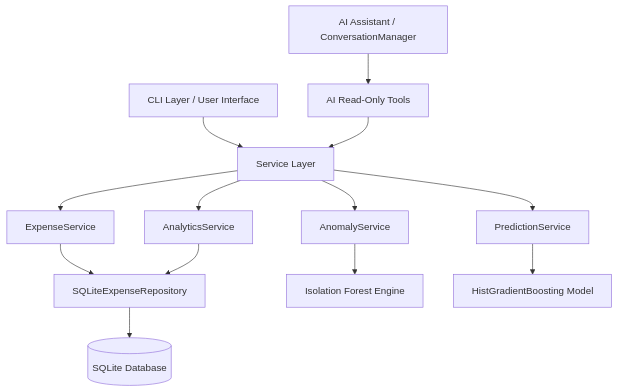
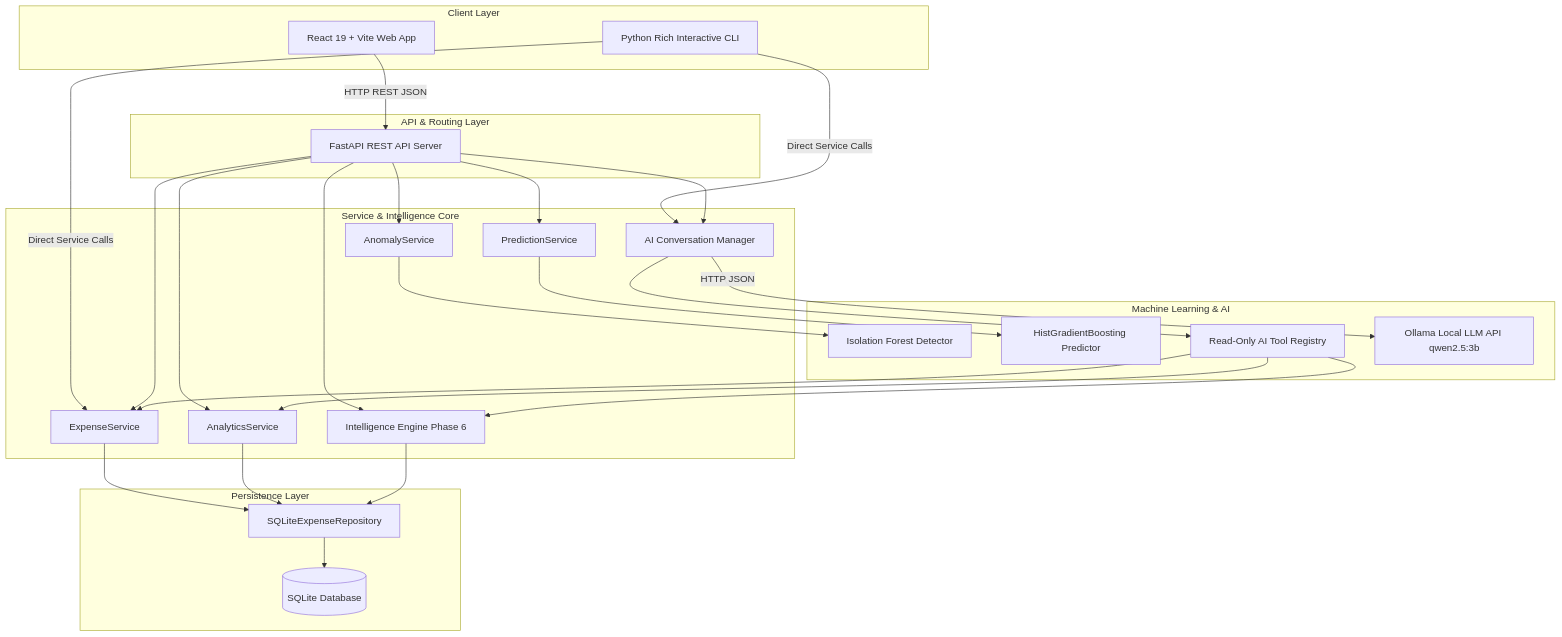
The diagram in README.md (areebkhanaimastery-maker/Expense-Tracker), drawn with Mermaid before and after one commit. The commit also changed other lines of this file, not shown here.

````diff
--- a/README.md
+++ b/README.md
@@ -9,18 +9,58 @@
 ```mermaid
 graph TD
-    CLI[CLI Layer / User Interface] --> Services[Service Layer]
-    AI[AI Assistant / ConversationManager] --> Tools[AI Read-Only Tools]
-    Tools --> Services
+    subgraph Client Layer
+        WebUI[React 19 + Vite Web App]
+        CLI[Python Rich Interactive CLI]
+    end
+
+    subgraph API & Routing Layer
+        FastAPI[FastAPI REST API Server]
+    end
+
+    subgraph Service & Intelligence Core
+        ExpenseSvc[ExpenseService]
+        AnalyticsSvc[AnalyticsService]
+        IntelEngine[Intelligence Engine Phase 6]
+        AnomalySvc[AnomalyService]
+        PredictSvc[PredictionService]
+        ConversationMgr[AI Conversation Manager]
+    end
+
+    subgraph Machine Learning & AI
+        IsolationForest[Isolation Forest Detector]
+        GradBoost[HistGradientBoosting Predictor]
+        AITools[Read-Only AI Tool Registry]
+        Ollama[Ollama Local LLM API qwen2.5:3b]
+    end
+
+    subgraph Persistence Layer
+        Repo[SQLiteExpenseRepository]
+        Database[(SQLite Database)]
+    end
+
+    %% Interactions
+    WebUI -->|HTTP REST JSON| FastAPI
+    CLI -->|Direct Service Calls| ExpenseSvc
+    CLI -->|Direct Service Calls| ConversationMgr
     
-    Services --> ExpenseService[ExpenseService]
-    Services --> AnalyticsService[AnalyticsService]
-    Services --> AnomalyService[AnomalyService]
-    Services --> PredictionService[PredictionService]
-    
-    ExpenseService --> Repository[SQLiteExpenseRepository]
-    AnalyticsService --> Repository
-    AnomalyService --> ML_Anomaly[Isolation Forest Engine]
-    PredictionService --> ML_Forecast[HistGradientBoosting Model]
-    
-    Repository --> Database[(SQLite Database)]
+    FastAPI --> ExpenseSvc
+    FastAPI --> AnalyticsSvc
+    FastAPI --> IntelEngine
+    FastAPI --> AnomalySvc
+    FastAPI --> PredictSvc
+    FastAPI --> ConversationMgr
+
+    ConversationMgr --> AITools
+    AITools --> ExpenseSvc
+    AITools --> AnalyticsSvc
+    AITools --> IntelEngine
+    ConversationMgr -->|HTTP JSON| Ollama
+
+    ExpenseSvc --> Repo
+    AnalyticsSvc --> Repo
+    IntelEngine --> Repo
+    AnomalySvc --> IsolationForest
+    PredictSvc --> GradBoost
+
+    Repo --> Database
 ```
````
